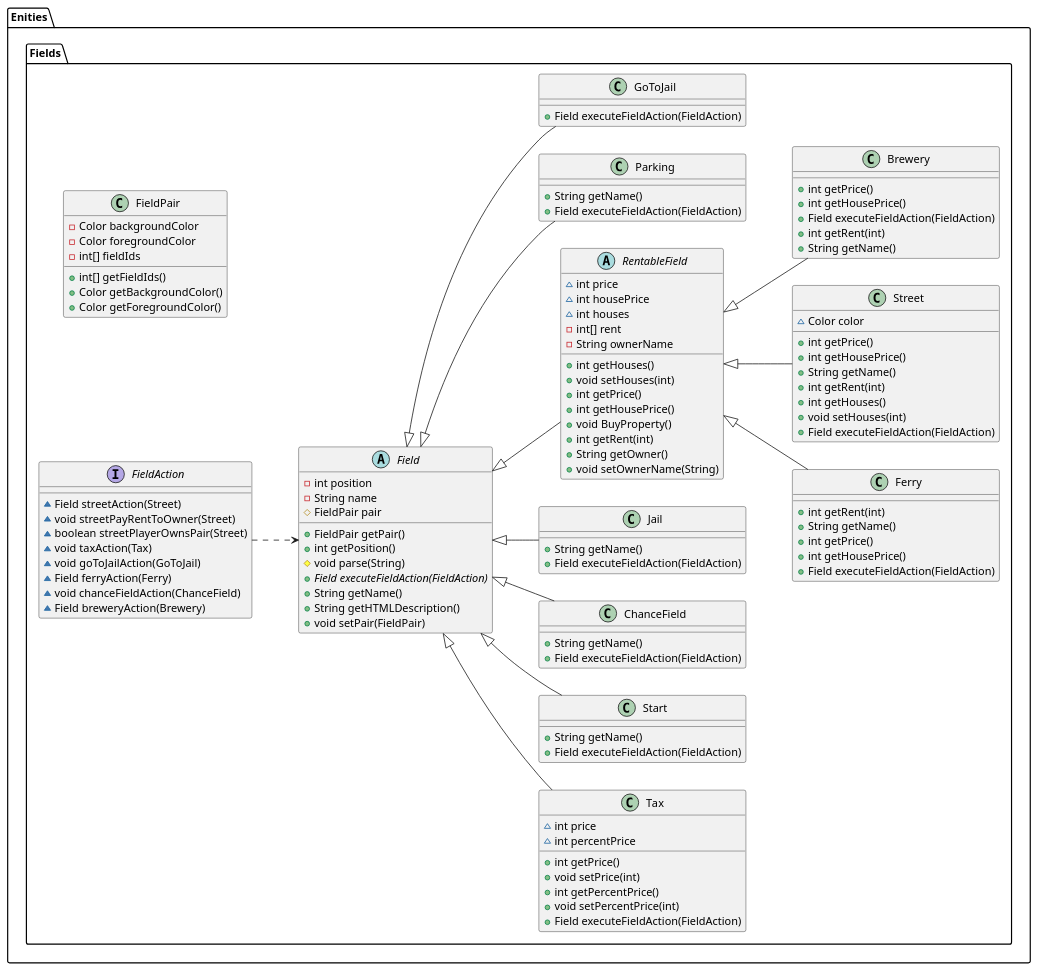
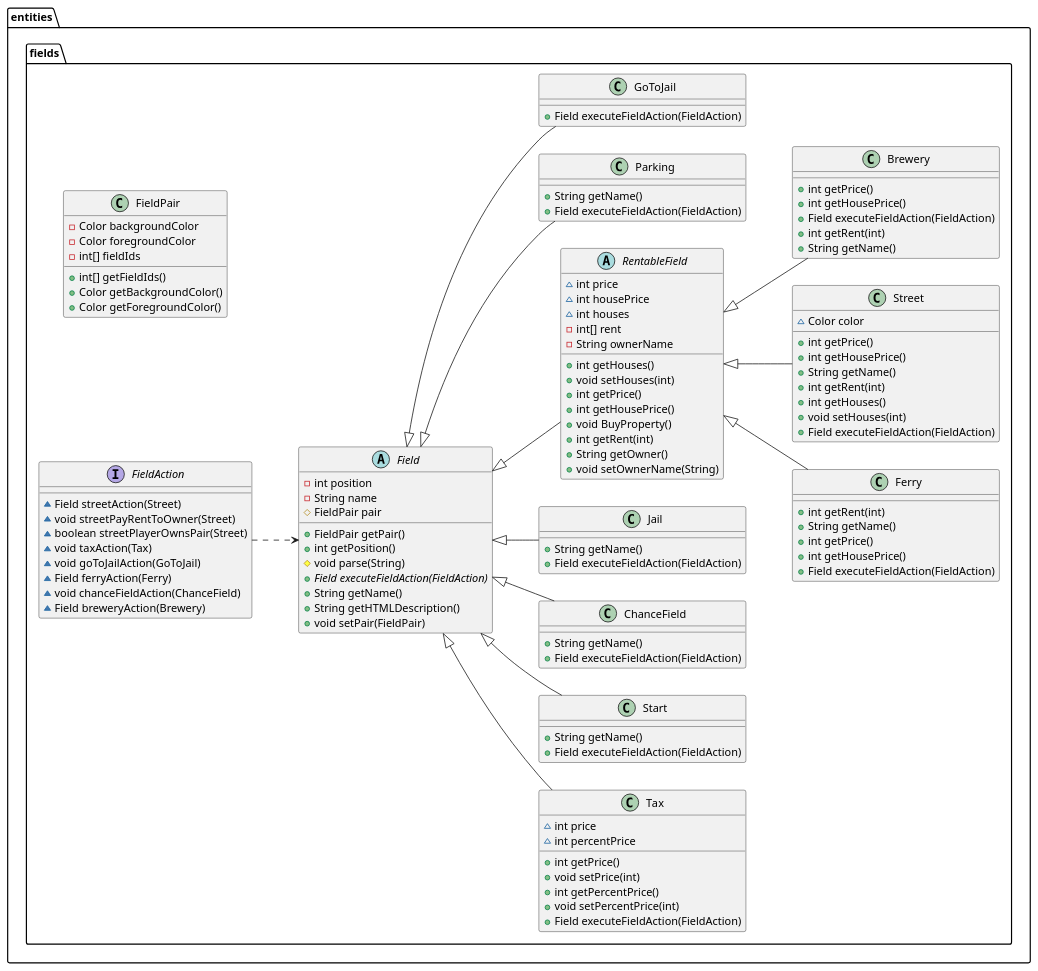
One commit to xdTobs/_22_del3 changed the diagram in FieldsClassDiagram.puml. Above: the diagram before and after it, drawn with PlantUML. The commit also changed 115 other files, not shown here.

```diff
--- a/FieldsClassDiagram.puml
+++ b/FieldsClassDiagram.puml
@@ -1,113 +1,113 @@
 @startuml
 left to right direction
-class Enities.Fields.Ferry {
+class entities.fields.Ferry {
 + int getRent(int)
 + String getName()
 + int getPrice()
 + int getHousePrice()
 + Field executeFieldAction(FieldAction)
 }
-class Enities.Fields.Street {
+class entities.fields.Street {
 ~ Color color
 + int getPrice()
 + int getHousePrice()
 + String getName()
 + int getRent(int)
 + int getHouses()
 + void setHouses(int)
 + Field executeFieldAction(FieldAction)
 }
-class Enities.Fields.Tax {
+class entities.fields.Tax {
 ~ int price
 ~ int percentPrice
 + int getPrice()
 + void setPrice(int)
 + int getPercentPrice()
 + void setPercentPrice(int)
 + Field executeFieldAction(FieldAction)
 }
-class Enities.Fields.Start {
+class entities.fields.Start {
 + String getName()
 + Field executeFieldAction(FieldAction)
 }
-class Enities.Fields.ChanceField {
+class entities.fields.ChanceField {
 + String getName()
 + Field executeFieldAction(FieldAction)
 }
-class Enities.Fields.Jail {
+class entities.fields.Jail {
 + String getName()
 + Field executeFieldAction(FieldAction)
 }
-class Enities.Fields.Brewery {
+class entities.fields.Brewery {
 + int getPrice()
 + int getHousePrice()
 + Field executeFieldAction(FieldAction)
 + int getRent(int)
 + String getName()
 }
-abstract class Enities.Fields.Field {
+abstract class entities.fields.Field {
 - int position
 - String name
 # FieldPair pair
 + FieldPair getPair()
 + int getPosition()
 # void parse(String)
 + {abstract}Field executeFieldAction(FieldAction)
 + String getName()
 + String getHTMLDescription()
 + void setPair(FieldPair)
 }
-abstract class Enities.Fields.RentableField {
+abstract class entities.fields.RentableField {
 ~ int price
 ~ int housePrice
 ~ int houses
 - int[] rent
 - String ownerName
 + int getHouses()
 + void setHouses(int)
 + int getPrice()
 + int getHousePrice()
 + void BuyProperty()
 + int getRent(int)
 + String getOwner()
 + void setOwnerName(String)
 }
-class Enities.Fields.FieldPair {
+class entities.fields.FieldPair {
 - Color backgroundColor
 - Color foregroundColor
 - int[] fieldIds
 + int[] getFieldIds()
 + Color getBackgroundColor()
 + Color getForegroundColor()
 }
-class Enities.Fields.Parking {
+class entities.fields.Parking {
 + String getName()
 + Field executeFieldAction(FieldAction)
 }
-interface Enities.Fields.FieldAction {
+interface entities.fields.FieldAction {
 ~ Field streetAction(Street)
 ~ void streetPayRentToOwner(Street)
 ~ boolean streetPlayerOwnsPair(Street)
 ~ void taxAction(Tax)
 ~ void goToJailAction(GoToJail)
 ~ Field ferryAction(Ferry)
 ~ void chanceFieldAction(ChanceField)
 ~ Field breweryAction(Brewery)
 }
-class Enities.Fields.GoToJail {
+class entities.fields.GoToJail {
 + Field executeFieldAction(FieldAction)
 }
 
 
-Enities.Fields.RentableField <|-- Enities.Fields.Ferry
-Enities.Fields.RentableField <|-- Enities.Fields.Street
-Enities.Fields.Field <|-- Enities.Fields.Tax
-Enities.Fields.Field <|-- Enities.Fields.Start
-Enities.Fields.Field <|-- Enities.Fields.ChanceField
-Enities.Fields.Field <|-- Enities.Fields.Jail
-Enities.Fields.RentableField <|-- Enities.Fields.Brewery
-Enities.Fields.Field <|-- Enities.Fields.RentableField
-Enities.Fields.Field <|-- Enities.Fields.Parking
-Enities.Fields.Field <|-- Enities.Fields.GoToJail
-Enities.Fields.FieldAction ..>Enities.Fields.Field
+entities.fields.RentableField <|-- entities.fields.Ferry
+entities.fields.RentableField <|-- entities.fields.Street
+entities.fields.Field <|-- entities.fields.Tax
+entities.fields.Field <|-- entities.fields.Start
+entities.fields.Field <|-- entities.fields.ChanceField
+entities.fields.Field <|-- entities.fields.Jail
+entities.fields.RentableField <|-- entities.fields.Brewery
+entities.fields.Field <|-- entities.fields.RentableField
+entities.fields.Field <|-- entities.fields.Parking
+entities.fields.Field <|-- entities.fields.GoToJail
+entities.fields.FieldAction ..>entities.fields.Field
 @enduml
```
